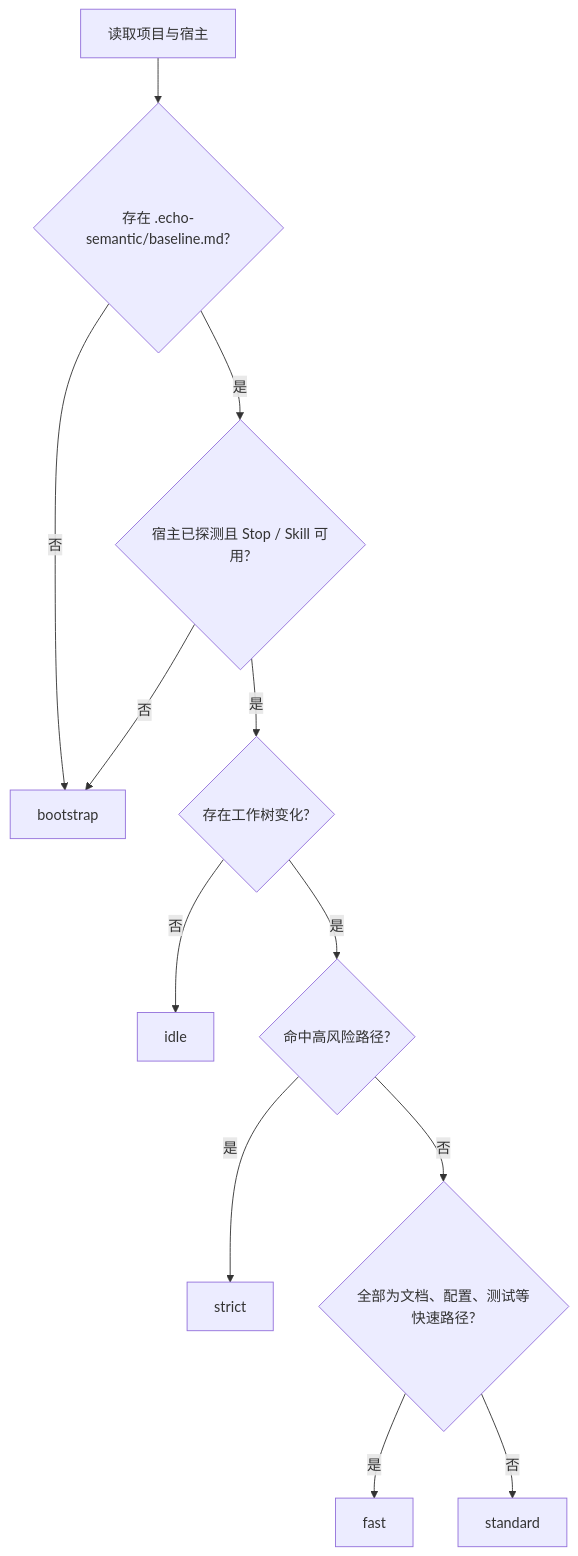
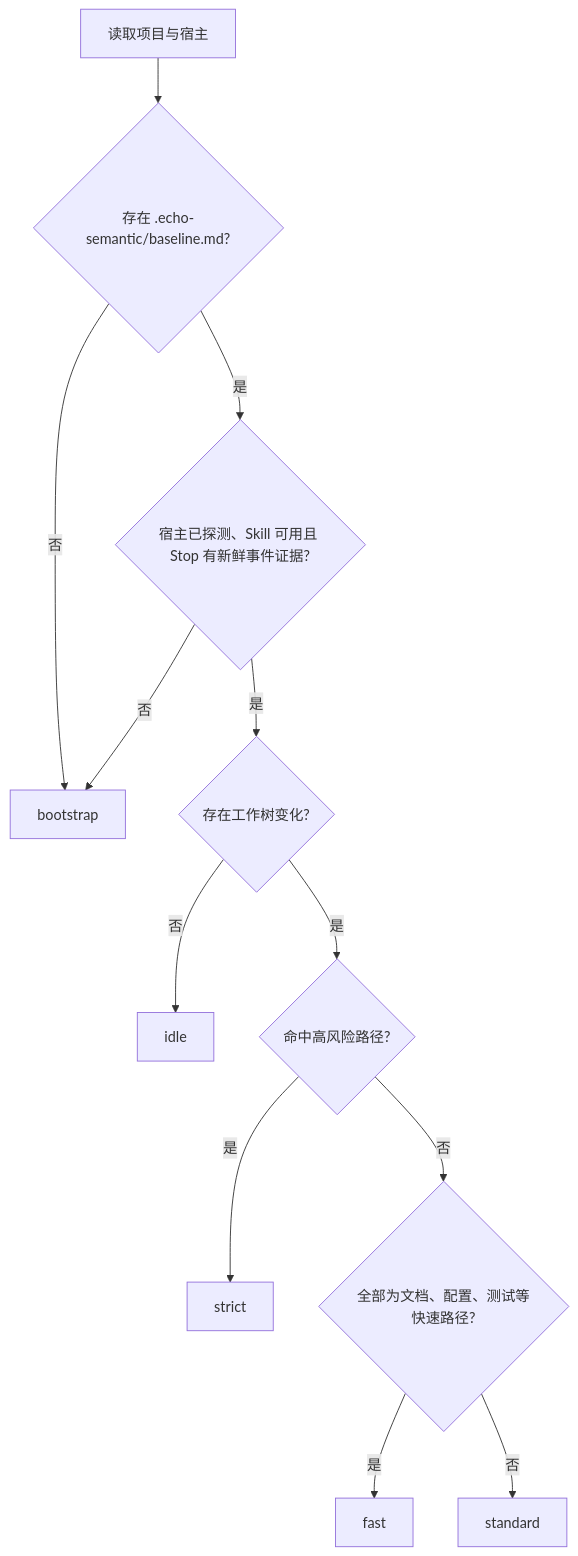
One commit to EchoYue-lp/echo-semantic changed the third of 9 diagrams in docs/supreme/specs/plugin-architecture/design.md. Above: the diagram before and after it, drawn with Mermaid. The commit also changed other lines of this file and 55 other files, not shown here.

````diff
--- a/docs/supreme/specs/plugin-architecture/design.md
+++ b/docs/supreme/specs/plugin-architecture/design.md
@@ -204,14 +209,14 @@
 ```mermaid
 flowchart TD
   Start[读取项目与宿主] --> HasBaseline{存在 .echo-semantic/baseline.md?}
   HasBaseline -- 否 --> Bootstrap[bootstrap]
-  HasBaseline -- 是 --> HostReady{宿主已探测且 Stop / Skill 可用?}
+  HasBaseline -- 是 --> HostReady{宿主已探测、Skill 可用且 Stop 有新鲜事件证据?}
   HostReady -- 否 --> Bootstrap
   HostReady -- 是 --> Changed{存在工作树变化?}
   Changed -- 否 --> Idle[idle]
   Changed -- 是 --> High{命中高风险路径?}
   High -- 是 --> Strict[strict]
   High -- 否 --> FastOnly{全部为文档、配置、测试等快速路径?}
   FastOnly -- 是 --> Fast[fast]
   FastOnly -- 否 --> Standard[standard]
 ```
````
